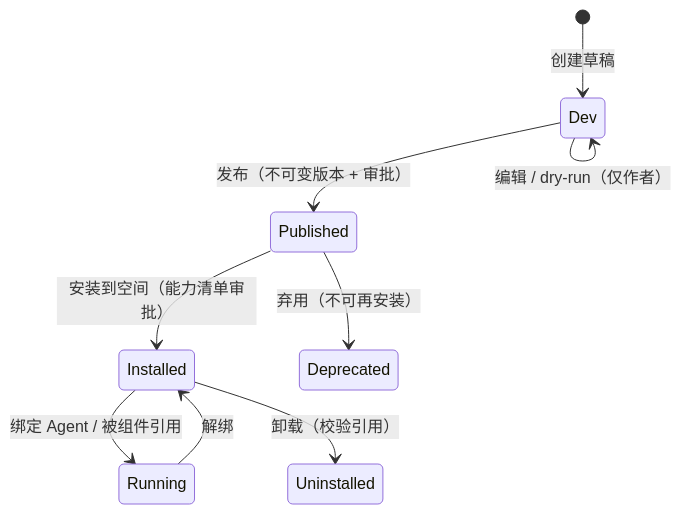
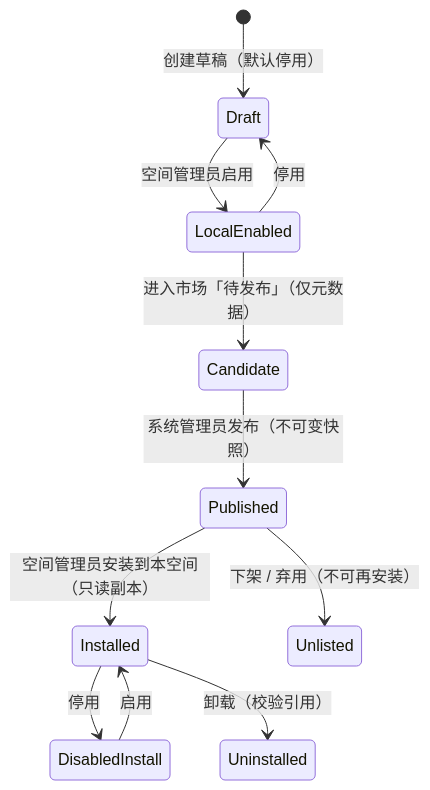
The diagram in docs/插件体系设计.md (wenshin/workagent), drawn with Mermaid before and after one commit. The commit also changed other lines of this file and 6 other files, not shown here.

````diff
--- a/docs/插件体系设计.md
+++ b/docs/插件体系设计.md
@@ -261,11 +254,13 @@
 ```mermaid
 stateDiagram-v2
-    [*] --> Dev: 创建草稿
-    Dev --> Dev: 编辑 / dry-run（仅作者）
-    Dev --> Published: 发布（不可变版本 + 审批）
-    Published --> Installed: 安装到空间（能力清单审批）
-    Installed --> Running: 绑定 Agent / 被组件引用
-    Running --> Installed: 解绑
+    [*] --> Draft: 创建草稿（默认停用）
+    Draft --> LocalEnabled: 空间管理员启用
+    LocalEnabled --> Draft: 停用
+    LocalEnabled --> Candidate: 进入市场「待发布」（仅元数据）
+    Candidate --> Published: 系统管理员发布（不可变快照）
+    Published --> Installed: 空间管理员安装到本空间（只读副本）
+    Installed --> DisabledInstall: 停用
+    DisabledInstall --> Installed: 启用
     Installed --> Uninstalled: 卸载（校验引用）
-    Published --> Deprecated: 弃用（不可再安装）
+    Published --> Unlisted: 下架 / 弃用（不可再安装）
 ```
````
